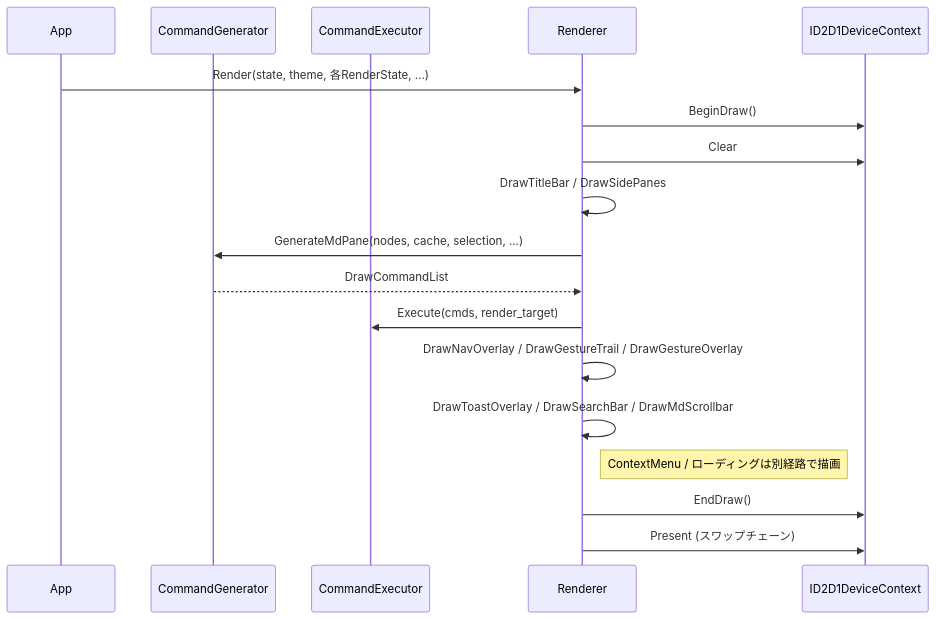
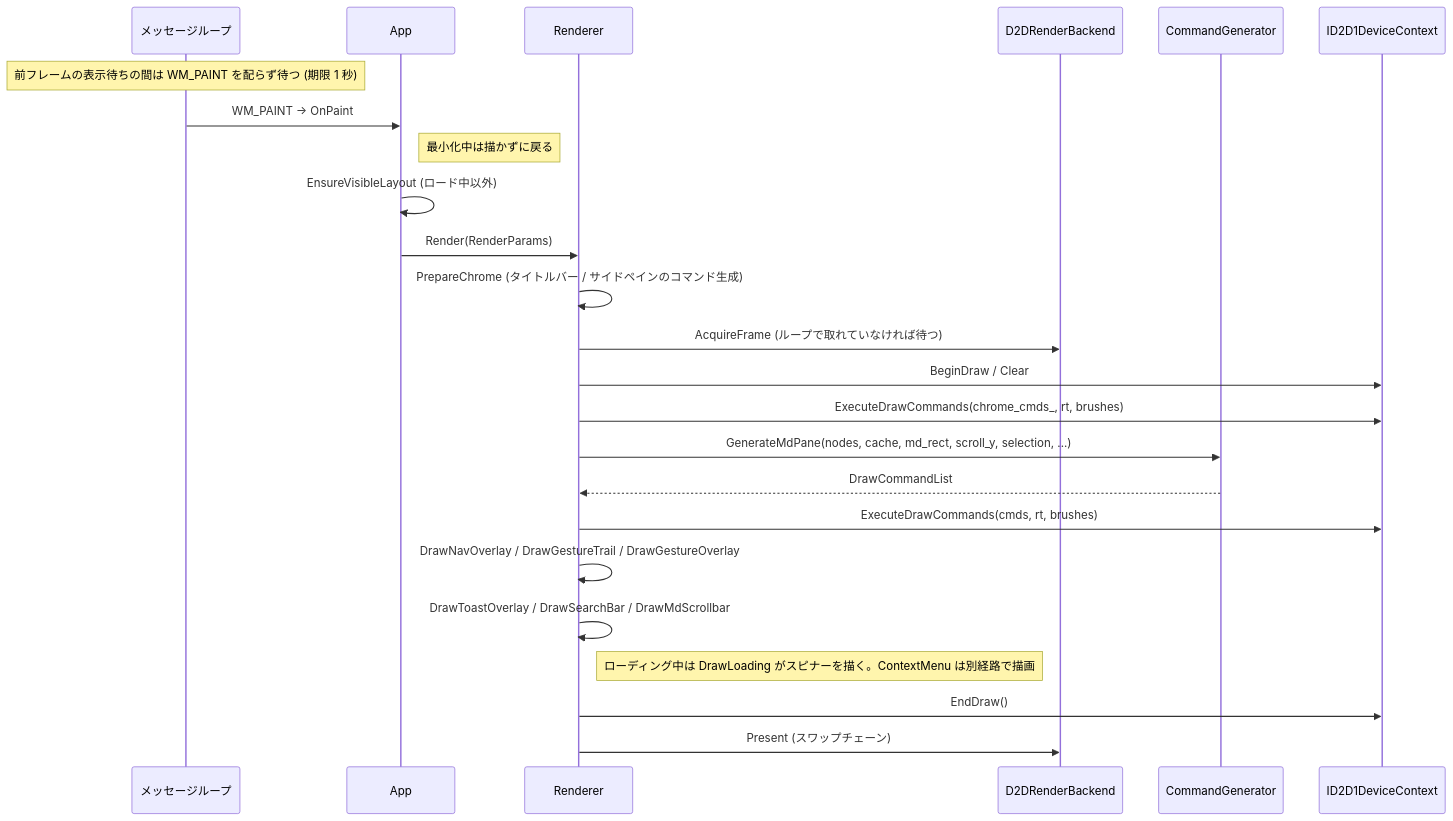
Diagram 19 of 27 in example/test.md (tanaton/mendo), drawn with Mermaid before and after one commit. The commit also changed other lines of this file and 2 other files, not shown here.

````diff
--- a/example/test.md
+++ b/example/test.md
@@ -3020,21 +3186,27 @@
 ```mermaid
 sequenceDiagram
+    participant ML as メッセージループ
     participant APP as App
+    participant R as Renderer
+    participant BE as D2DRenderBackend
     participant CG as CommandGenerator
-    participant CE as CommandExecutor
-    participant R as Renderer
     participant RT as ID2D1DeviceContext
 
-    APP->>R: Render(state, theme, 各RenderState, ...)
-    R->>RT: BeginDraw()
-    R->>RT: Clear
-    R->>R: DrawTitleBar / DrawSidePanes
-    R->>CG: GenerateMdPane(nodes, cache, selection, ...)
+    Note over ML: 前フレームの表示待ちの間は WM_PAINT を配らず待つ (期限 1 秒)
+    ML->>APP: WM_PAINT → OnPaint
+    Note right of APP: 最小化中は描かずに戻る
+    APP->>APP: EnsureVisibleLayout (ロード中以外)
+    APP->>R: Render(RenderParams)
+    R->>R: PrepareChrome (タイトルバー / サイドペインのコマンド生成)
+    R->>BE: AcquireFrame (ループで取れていなければ待つ)
+    R->>RT: BeginDraw / Clear
+    R->>RT: ExecuteDrawCommands(chrome_cmds_, rt, brushes)
+    R->>CG: GenerateMdPane(nodes, cache, md_rect, scroll_y, selection, ...)
     CG-->>R: DrawCommandList
-    R->>CE: Execute(cmds, render_target)
+    R->>RT: ExecuteDrawCommands(cmds, rt, brushes)
     R->>R: DrawNavOverlay / DrawGestureTrail / DrawGestureOverlay
     R->>R: DrawToastOverlay / DrawSearchBar / DrawMdScrollbar
-    Note right of R: ContextMenu / ローディングは別経路で描画
+    Note right of R: ローディング中は DrawLoading がスピナーを描く。ContextMenu は別経路で描画
     R->>RT: EndDraw()
-    R->>RT: Present (スワップチェーン)
+    R->>BE: Present (スワップチェーン)
 ```
````
